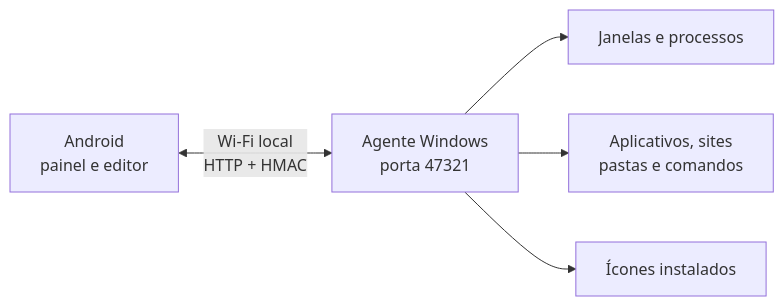
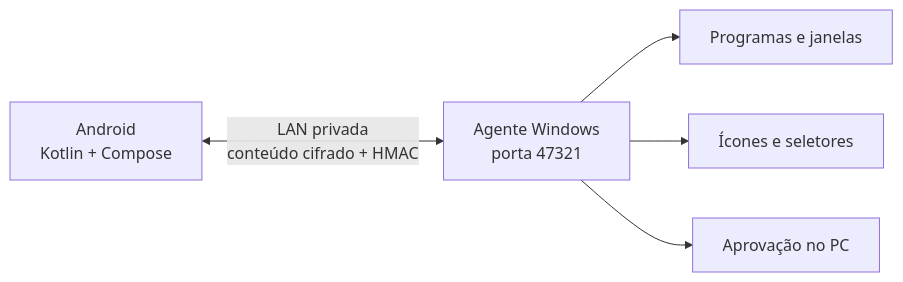
Before and after one commit to jpmarquesss/SyncDeck: the diagram in README.md, drawn with Mermaid. The commit also changed other lines of this file and 100 other files, not shown here.

````diff
--- a/README.md
+++ b/README.md
@@ -42,7 +23,7 @@
-~~~mermaid
+```mermaid
 flowchart LR
-    A["Android<br/>painel e editor"] <-->|"Wi-Fi local<br/>HTTP + HMAC"| B["Agente Windows<br/>porta 47321"]
-    B --> C["Janelas e processos"]
-    B --> D["Aplicativos, sites<br/>pastas e comandos"]
-    B --> E["Ícones instalados"]
-~~~
+    A["Android<br/>Kotlin + Compose"] <-->|"LAN privada<br/>conteúdo cifrado + HMAC"| B["Agente Windows<br/>porta 47321"]
+    B --> C["Programas e janelas"]
+    B --> D["Ícones e seletores"]
+    B --> E["Aprovação no PC"]
+```
````
